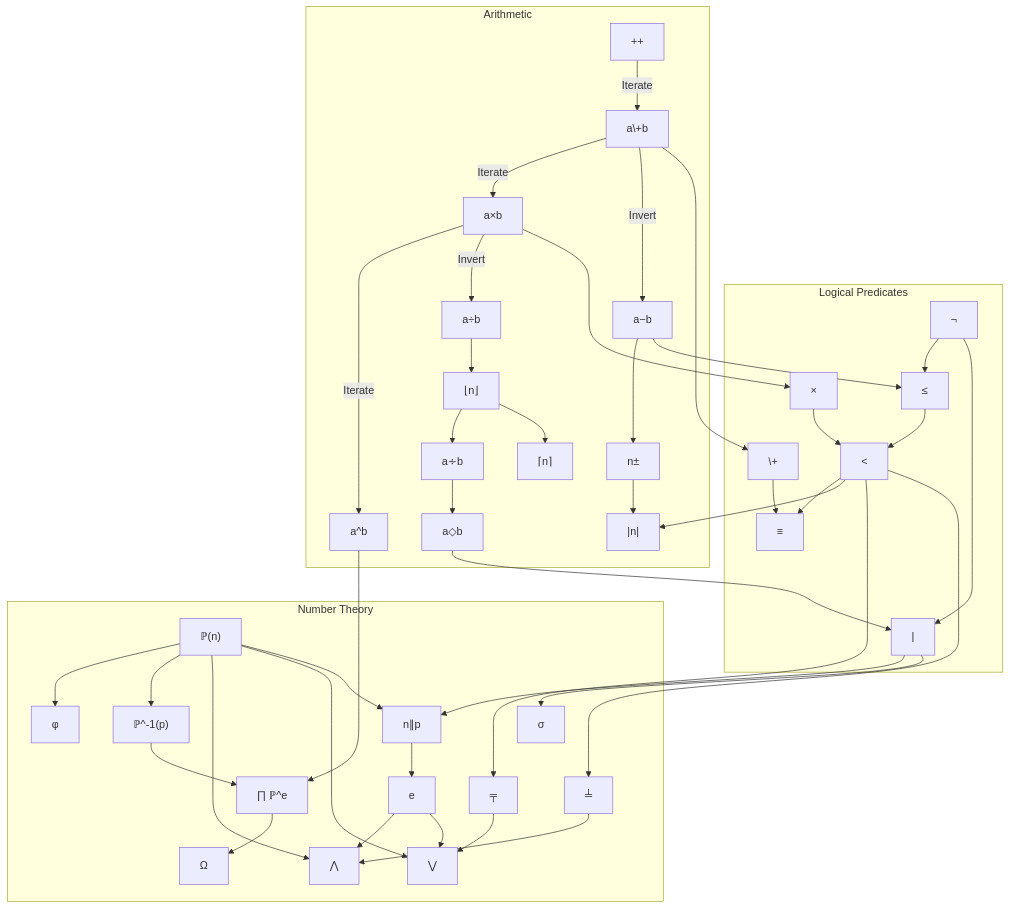
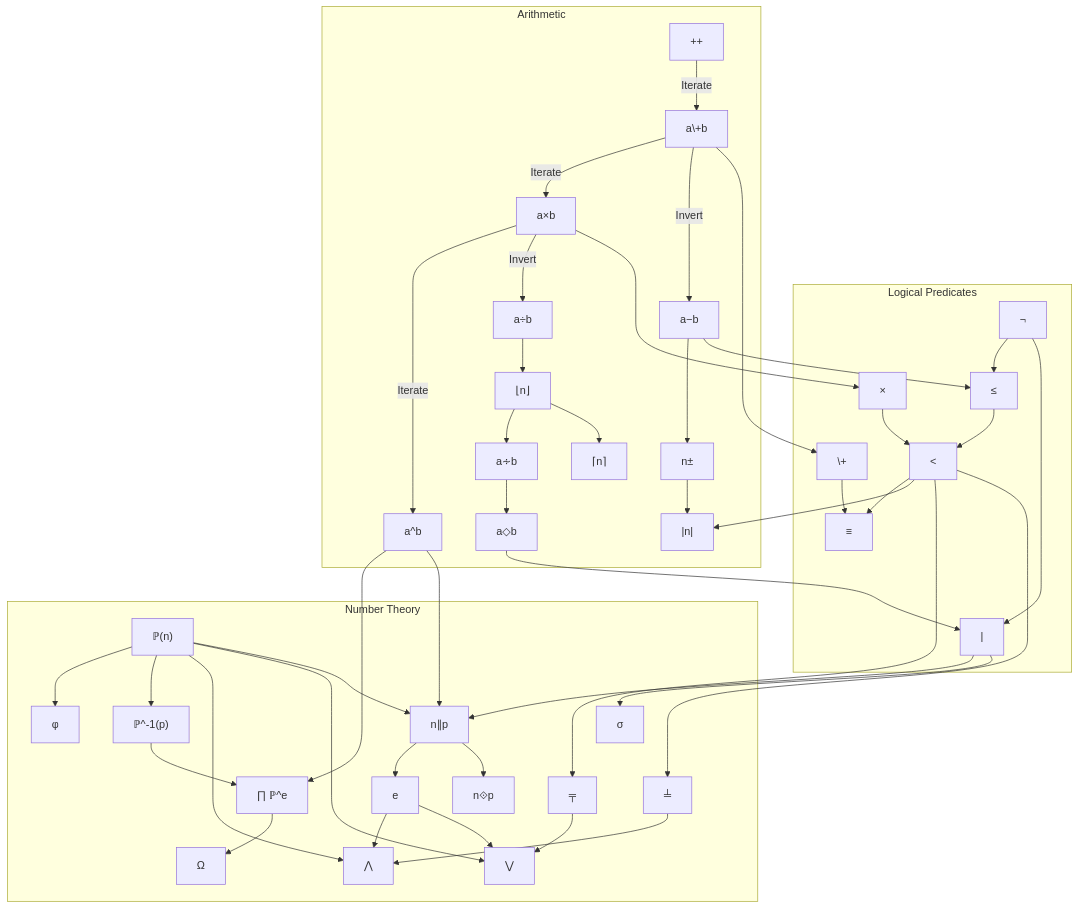
One commit to Gammapod/AutoCalc changed the diagram in docs/design_refs/dependency_map.mmd. Above: the diagram before and after it, drawn with Mermaid. The commit also changed 12 other files, not shown here.

Commit message:
Basic unlock graph

```diff
--- a/docs/design_refs/dependency_map.mmd
+++ b/docs/design_refs/dependency_map.mmd
@@ -1,136 +1,137 @@
 flowchart TD
 
 %% subgraph Inputs ["Value Expression"]
 %%     Iim["i"]
 %%     Idigits["0-9"]
 %% end
 %% subgraph Utilities ["Utilities"]
 %%     Uc["C"]
 %%     Uce["CE"]
 %% end
 %% subgraph Expressable ["Expressable Values"]
 %%     NP["ℙ (2)"]
 %%     NN["ℕ (1)"]
 %%     NZ["ℤ (-1)"]
 %%     NQ["ℚ (1/2)"]
 %%     NA["𝔸 (√2)"]
 %%     NR["ℝ (π)"]
 %%     NC["ℂ (√-1)"]
 %%     NP --> NN --> NZ --> NQ --> NA --> NR --> NC
 %% end
 
 subgraph Logic ["Logical Predicates"]
     Lnot["¬"]
     %% Expanded form `[ ≤ 0 ]`
     Llte["≤"]
     %% Expanded form `[ ¬(a-b) ]
     Llt["<"]
     %% Expanded form `[ (a≤b) × ¬(¬(a-b))]
     Ldiv["|"]
     %% Expanded form `[ ¬(a◇b) ]
     Leq["≡"]
     %% Expanded form `[ ¬((a<b) + (b<a)) ]
     Land["×"]
     Lor["\+"]
     
     Lnot --> Llte --> Llt
     Lnot --> Ldiv
     Land --> Llt --> Leq
     Lor --> Leq
 end
 
 subgraph Arithmetic ["Arithmetic"]
     Ainc["++"]
     Aminus["a−b"]
     Aplus["a\+b"]
     Amul["a×b"]
     Aneg["n±"]
     Aabs["|n|"]
     %% Expanded form `[ (¬(n) × ±n) + ((0<n) × n) ]`
     Adiv["a÷b"]
     Afloor["⌊n⌋"]
     %% Expanded form `[a÷b] - FrAC`
     Aeudiv["a∻b"]
     %% Expanded form `[ ⌊a÷b⌋ ] `
     Aceil["⌈n⌉"]
     %% Expanded form `[ ⌊n⌋++ ]`
     Apow["a^b"]
     Amod["a◇b"]
     %% Expanded form `[ (a÷b) - (a∻b) ]`
-    %% Ares["n⟐p"]
-    %% %% Expanded form `n⟐p -> n/(p^(n∥p))`
-    %% %% Expanded form `60⟐2=15 -> 60/(2^2)=15`
 
     Ainc -->|Iterate| Aplus
     Aplus -->|Iterate| Amul
     Amul -->|Iterate| Apow
 
     Adiv --> Afloor
     Afloor --> Aeudiv
     Aeudiv --> Amod
     Afloor --> Aceil
 
     Aplus -->|Invert| Aminus
     Amul -->|Invert| Adiv
 
     Aminus --> Aneg    
     Aneg --> Aabs
 end
 
 subgraph Theory ["Number Theory"]
     Tntop["ℙ(n)"]
     %% Returns nth prime. ℙ(3) = 5
     Tpton["ℙ^-1(p)"]
     %% Returns index of prime p. ℙ^-1(5) = 3
     Tpadic["n∥p"]
     %% Expanded form `?`
     Texponent["e"]
     Tprime_expansion["∏ ℙ^e"]
     Tomega["Ω"]
     %% Expanded form `[ Σe_p ]`
     Ttotient["φ"]
     %% Expanded form `[ n × ∏(1-p^-1) ]`
     Tdivisor_sum["σ"]
     %% Expanded form `[ Σ( (d|n) × d) ]`
     Tgcd["⋀"]
     %% Expanded form `[ ∏p^(e_a ╤ e_b) ]`
     Tlcm["⋁"]
     %% Expanded form `[ ∏p^(e_a ╧ e_b) ]`
     Tmax["╧"]
-    %% Expanded form `[ ((a<b)×b) + ¬(a≤b)×a) ]`
+    %% Expanded form `[ ((a<b)×b) + ¬((a≤b)×a) ]`
     Tmin["╤"]  
-    %% Expanded form `[ ((a<b)×a) + ¬(a≤b)×b) ]`
+    %% Expanded form `[ ((a<b)×a) + ¬((a≤b)×b) ]`
+    Tres["n⟐p"]
+    %% %% Expanded form `n⟐p -> n/(p^(n∥p))`
+    %% %% Expanded form `60⟐2=15 -> 60/(2^2)=15`
 
     Tntop --> Ttotient
 
     Tntop --> Tpton --> Tprime_expansion --> Tomega
 
     Tntop --> Tgcd
     Texponent --> Tgcd
     Tmax --> Tgcd
 
     Tntop --> Tlcm
     Texponent --> Tlcm
     Tmin --> Tlcm
     Tntop --> Tpadic --> Texponent
-
+    Tpadic --> Tres
 end
 
 Ldiv --> Tpadic
 Llt --> Aabs
 Amod --> Ldiv
 Apow --> Tprime_expansion
+Apow --> Tpadic
 Ldiv --> Tdivisor_sum
 Llt --> Tmin
 Llt --> Tmax
 Aminus --> Llte
 Amul --> Land
 Aplus --> Lor
 
     %% 
 %% Idigits --> NN
 %% 
 %% Aneg --> NZ
 %% 
 %% Adiv --> NQ
 %% Iim --> NC
```
